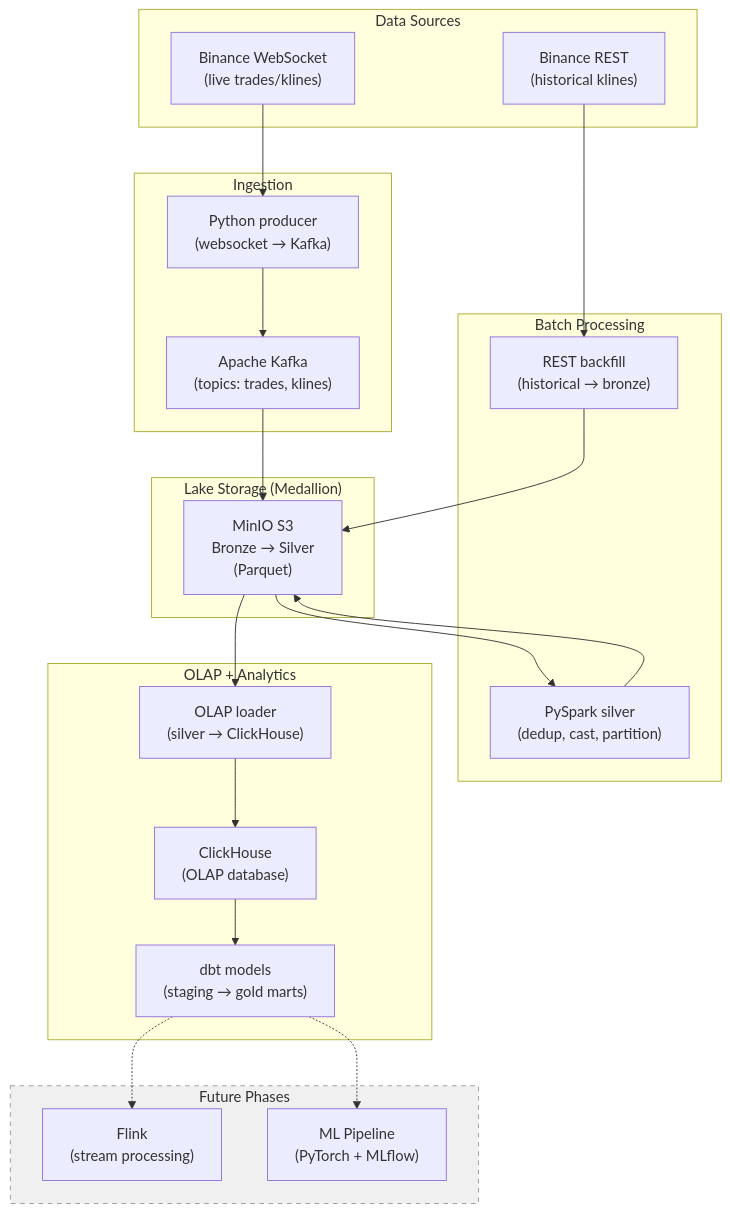
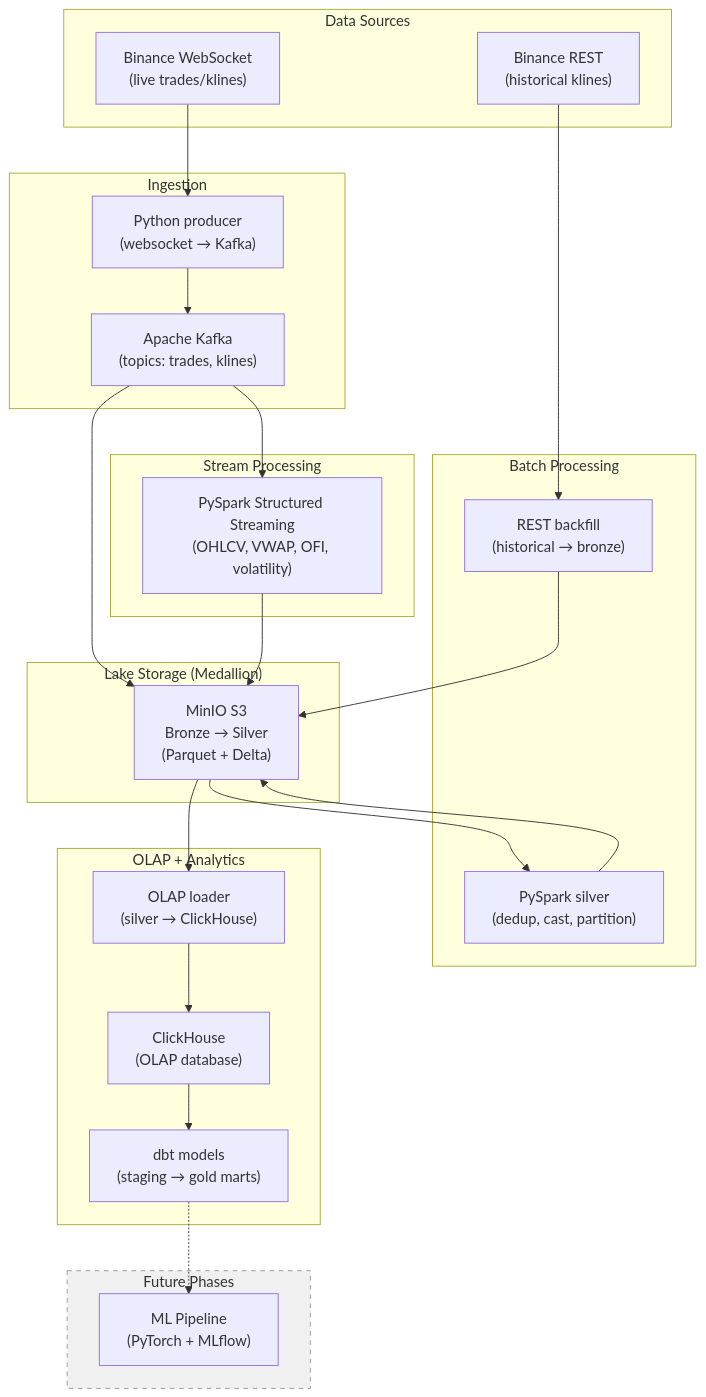
Before and after one commit to weecici/project-x: the diagram in docs/index.md, drawn with Mermaid. The commit also changed other lines of this file and 12 other files, not shown here.

````diff
--- a/docs/index.md
+++ b/docs/index.md
@@ -48,45 +48,49 @@
 ```mermaid
 flowchart TB
     subgraph SRC["Data Sources"]
         WS["Binance WebSocket\n(live trades/klines)"]
         REST["Binance REST\n(historical klines)"]
     end
 
     subgraph INGEST["Ingestion"]
         PROD["Python producer\n(websocket → Kafka)"]
         KAFKA["Apache Kafka\n(topics: trades, klines)"]
     end
 
     subgraph BATCH["Batch Processing"]
         BACKFILL["REST backfill\n(historical → bronze)"]
         SPARK["PySpark silver\n(dedup, cast, partition)"]
     end
 
+    subgraph STREAM["Stream Processing"]
+        SPARK_STREAM["PySpark Structured Streaming\n(OHLCV, VWAP, OFI, volatility)"]
+    end
+
     subgraph LAKE["Lake Storage (Medallion)"]
-        S3["MinIO S3\nBronze → Silver\n(Parquet)"]
+        S3["MinIO S3\nBronze → Silver\n(Parquet + Delta)"]
     end
 
     subgraph OLAP["OLAP + Analytics"]
         LOADER["OLAP loader\n(silver → ClickHouse)"]
         CH["ClickHouse\n(OLAP database)"]
         DBT["dbt models\n(staging → gold marts)"]
     end
 
     subgraph FUTURE["Future Phases"]
-        FLINK["Flink\n(stream processing)"]
         ML["ML Pipeline\n(PyTorch + MLflow)"]
     end
 
     WS --> PROD --> KAFKA
     KAFKA --> S3
+    KAFKA --> SPARK_STREAM
     REST --> BACKFILL --> S3
     S3 --> SPARK --> S3
+    SPARK_STREAM --> S3
 
     S3 --> LOADER --> CH
     CH --> DBT
 
-    DBT -.-> FLINK
     DBT -.-> ML
 
     style FUTURE fill:#f0f0f0,stroke:#999,stroke-dasharray: 5 5
 ```
````
